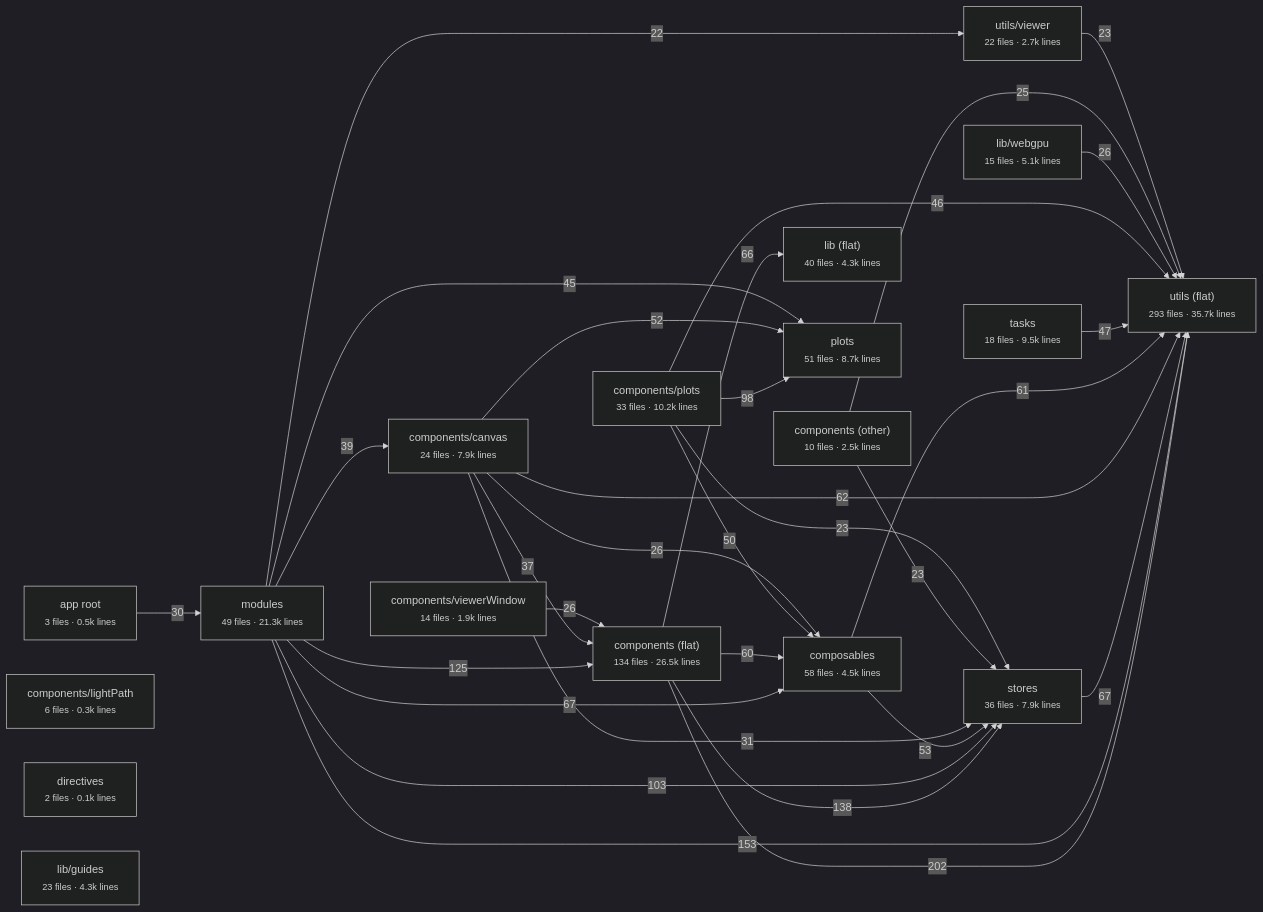
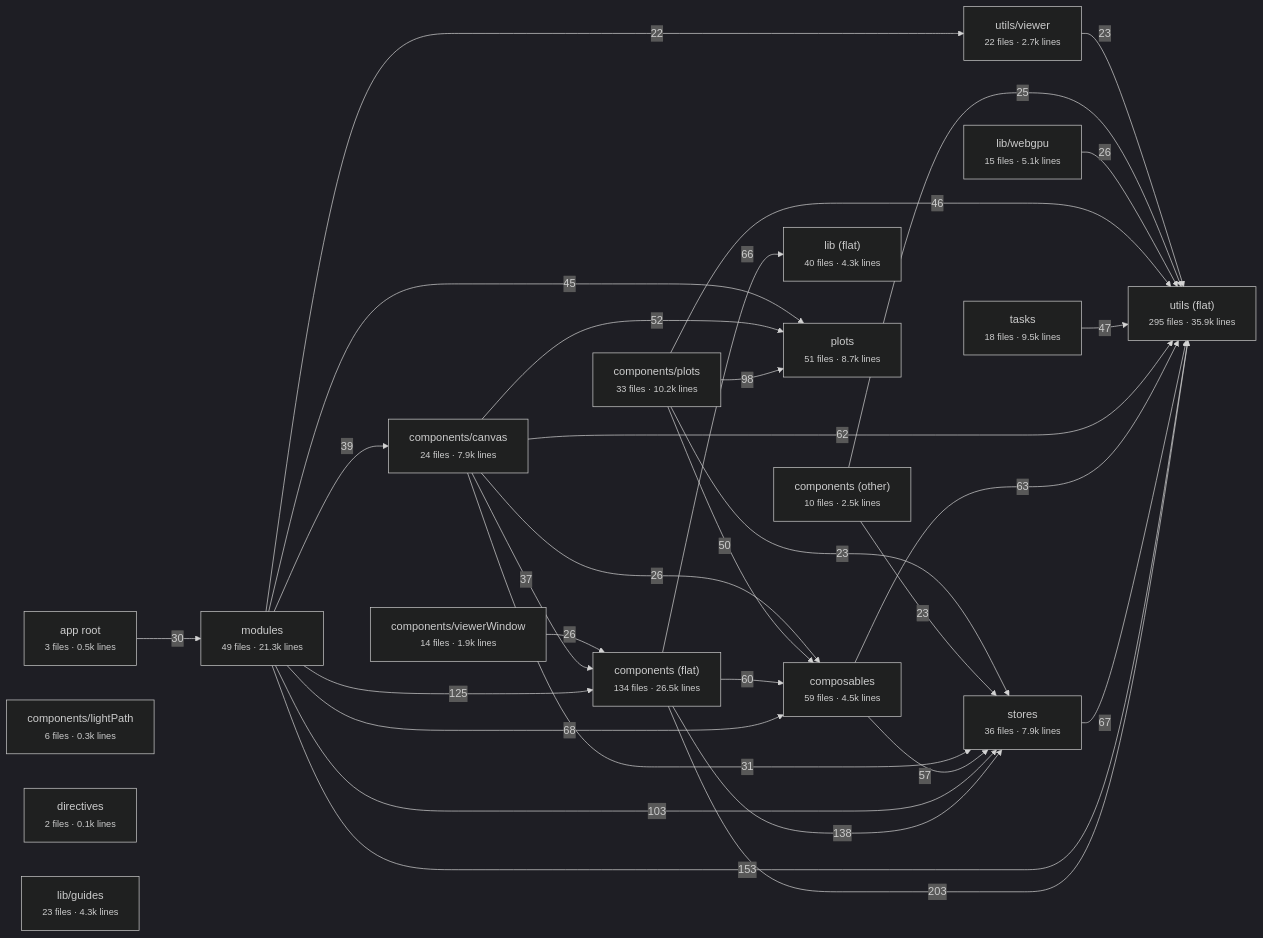
One commit to schienstockd/cecelia changed the diagram in docs/architecture/vue/layers.md. Above: the diagram before and after it, drawn with Mermaid (dark theme). The commit also changed other lines of this file and 9 other files, not shown here.

````diff
--- a/docs/architecture/vue/layers.md
+++ b/docs/architecture/vue/layers.md
@@ -10,51 +10,51 @@
 ```mermaid
 flowchart LR
   app_root["app root<br/><small>3 files · 0.5k lines</small>"]
   components__flat_["components (flat)<br/><small>134 files · 26.5k lines</small>"]
   components__other_["components (other)<br/><small>10 files · 2.5k lines</small>"]
   components_canvas["components/canvas<br/><small>24 files · 7.9k lines</small>"]
   components_lightPath["components/lightPath<br/><small>6 files · 0.3k lines</small>"]
   components_plots["components/plots<br/><small>33 files · 10.2k lines</small>"]
   components_viewerWindow["components/viewerWindow<br/><small>14 files · 1.9k lines</small>"]
-  composables["composables<br/><small>58 files · 4.5k lines</small>"]
+  composables["composables<br/><small>59 files · 4.5k lines</small>"]
   directives["directives<br/><small>2 files · 0.1k lines</small>"]
   lib__flat_["lib (flat)<br/><small>40 files · 4.3k lines</small>"]
   lib_guides["lib/guides<br/><small>23 files · 4.3k lines</small>"]
   lib_webgpu["lib/webgpu<br/><small>15 files · 5.1k lines</small>"]
   modules["modules<br/><small>49 files · 21.3k lines</small>"]
   plots["plots<br/><small>51 files · 8.7k lines</small>"]
   stores["stores<br/><small>36 files · 7.9k lines</small>"]
   tasks["tasks<br/><small>18 files · 9.5k lines</small>"]
-  utils__flat_["utils (flat)<br/><small>293 files · 35.7k lines</small>"]
+  utils__flat_["utils (flat)<br/><small>295 files · 35.9k lines</small>"]
   utils_viewer["utils/viewer<br/><small>22 files · 2.7k lines</small>"]
-  components__flat_ -->|202| utils__flat_
+  components__flat_ -->|203| utils__flat_
   modules -->|153| utils__flat_
   components__flat_ -->|138| stores
   modules -->|125| components__flat_
   modules -->|103| stores
   components_plots -->|98| plots
-  modules -->|67| composables
+  modules -->|68| composables
   stores -->|67| utils__flat_
   components__flat_ -->|66| lib__flat_
+  composables -->|63| utils__flat_
   components_canvas -->|62| utils__flat_
-  composables -->|61| utils__flat_
   components__flat_ -->|60| composables
-  composables -->|53| stores
+  composables -->|57| stores
   components_canvas -->|52| plots
   components_plots -->|50| composables
   tasks -->|47| utils__flat_
   components_plots -->|46| utils__flat_
   modules -->|45| plots
   modules -->|39| components_canvas
   components_canvas -->|37| components__flat_
   components_canvas -->|31| stores
   app_root -->|30| modules
   components_canvas -->|26| composables
   components_viewerWindow -->|26| components__flat_
   lib_webgpu -->|26| utils__flat_
   components__other_ -->|25| utils__flat_
   components__other_ -->|23| stores
   components_plots -->|23| stores
   utils_viewer -->|23| utils__flat_
   modules -->|22| utils_viewer
 ```
````
